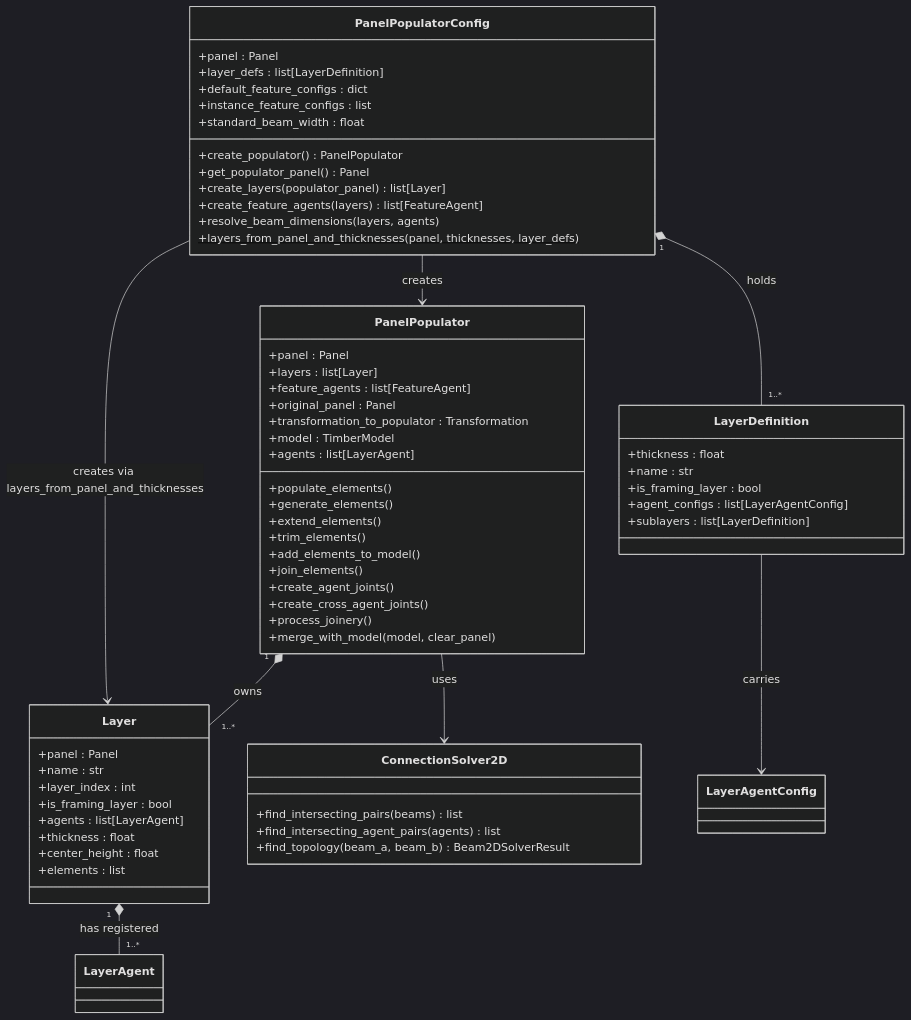
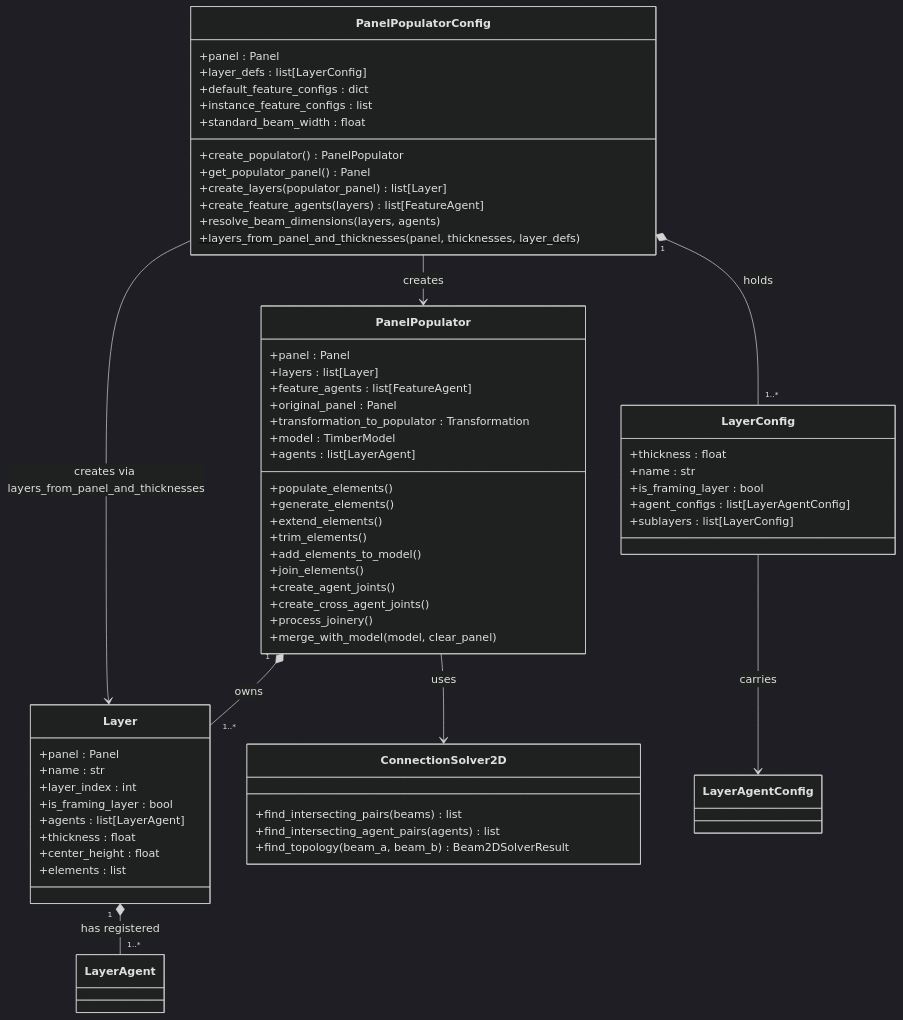
Before and after one commit to gramaziokohler/timber_design: the first of 7 diagrams in docs/contribution/class_diagrams.md, drawn with Mermaid (dark theme). The commit also changed other lines of this file and 34 other files, not shown here.

Commit message:
I think config to agent workflow is working well

````diff
--- a/docs/contribution/class_diagrams.md
+++ b/docs/contribution/class_diagrams.md
@@ -13,70 +13,70 @@
 ```mermaid
 classDiagram
 
     class PanelPopulatorConfig {
         +panel : Panel
-        +layer_defs : list[LayerDefinition]
+        +layer_defs : list[LayerConfig]
         +default_feature_configs : dict
         +instance_feature_configs : list
         +standard_beam_width : float
         +create_populator() PanelPopulator
         +get_populator_panel() Panel
         +create_layers(populator_panel) list[Layer]
         +create_feature_agents(layers) list[FeatureAgent]
         +resolve_beam_dimensions(layers, agents)
         +layers_from_panel_and_thicknesses(panel, thicknesses, layer_defs)$
     }
 
     class PanelPopulator {
         +panel : Panel
         +layers : list[Layer]
         +feature_agents : list[FeatureAgent]
         +original_panel : Panel
         +transformation_to_populator : Transformation
         +model : TimberModel
         +agents : list[LayerAgent]
         +populate_elements()
         +generate_elements()
         +extend_elements()
         +trim_elements()
         +add_elements_to_model()
         +join_elements()
         +create_agent_joints()
         +create_cross_agent_joints()
         +process_joinery()
         +merge_with_model(model, clear_panel)
     }
 
     class Layer {
         +panel : Panel
         +name : str
         +layer_index : int
         +is_framing_layer : bool
         +agents : list[LayerAgent]
         +thickness : float
         +center_height : float
         +elements : list
     }
 
-    class LayerDefinition {
+    class LayerConfig {
         +thickness : float
         +name : str
         +is_framing_layer : bool
         +agent_configs : list[LayerAgentConfig]
-        +sublayers : list[LayerDefinition]
+        +sublayers : list[LayerConfig]
     }
 
     class ConnectionSolver2D {
         +find_intersecting_pairs(beams) list
         +find_intersecting_agent_pairs(agents) list
         +find_topology(beam_a, beam_b) Beam2DSolverResult
     }
 
     PanelPopulatorConfig --> PanelPopulator : creates
-    PanelPopulatorConfig "1" *-- "1..*" LayerDefinition : holds
+    PanelPopulatorConfig "1" *-- "1..*" LayerConfig : holds
     PanelPopulatorConfig --> Layer : creates via layers_from_panel_and_thicknesses
     PanelPopulator "1" *-- "1..*" Layer : owns
     PanelPopulator --> ConnectionSolver2D : uses
     Layer "1" *-- "1..*" LayerAgent : has registered
-    LayerDefinition --> LayerAgentConfig : carries
+    LayerConfig --> LayerAgentConfig : carries
 ```
````
